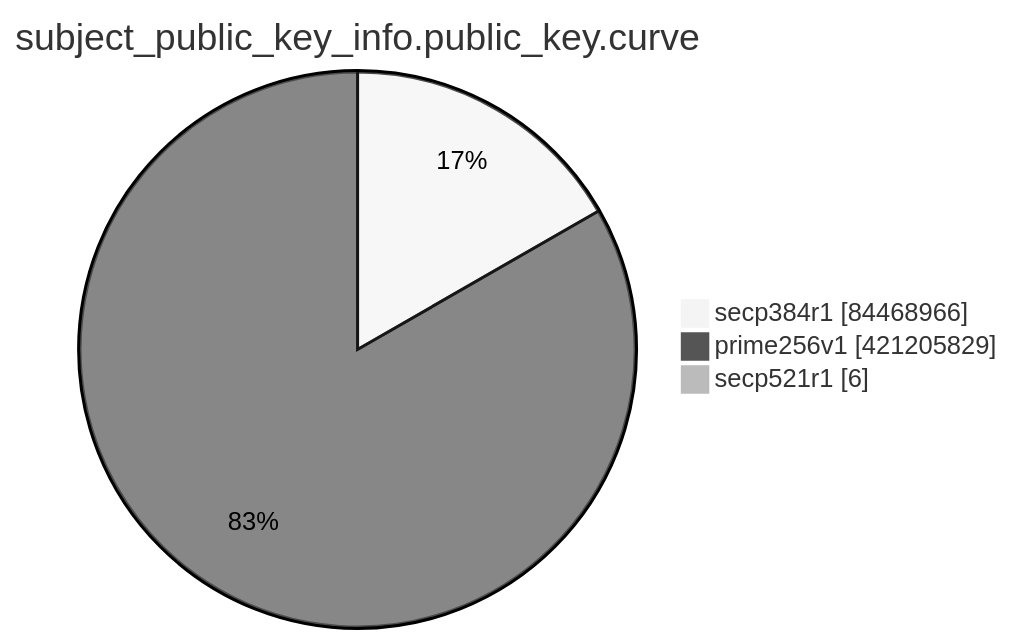
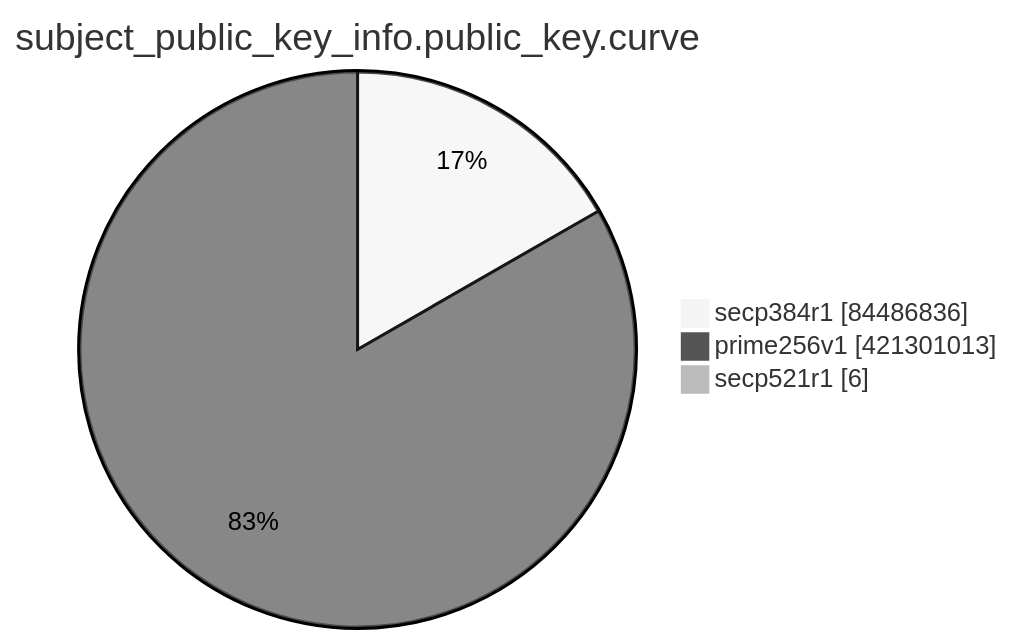
The eighth of 15 diagrams in TOTAL/README.md (christiankrug/ctmonitor_visualization), drawn with Mermaid (neutral theme) before and after one commit. The commit also changed other lines of this file, not shown here.

````diff
--- a/TOTAL/README.md
+++ b/TOTAL/README.md
@@ -3099,7 +3099,7 @@
 ```mermaid
 pie showData
 title subject_public_key_info.public_key.curve
-"secp384r1" :84468966
-"prime256v1" :421205829
+"secp384r1" :84486836
+"prime256v1" :421301013
 "secp521r1" :6
 ```
````
